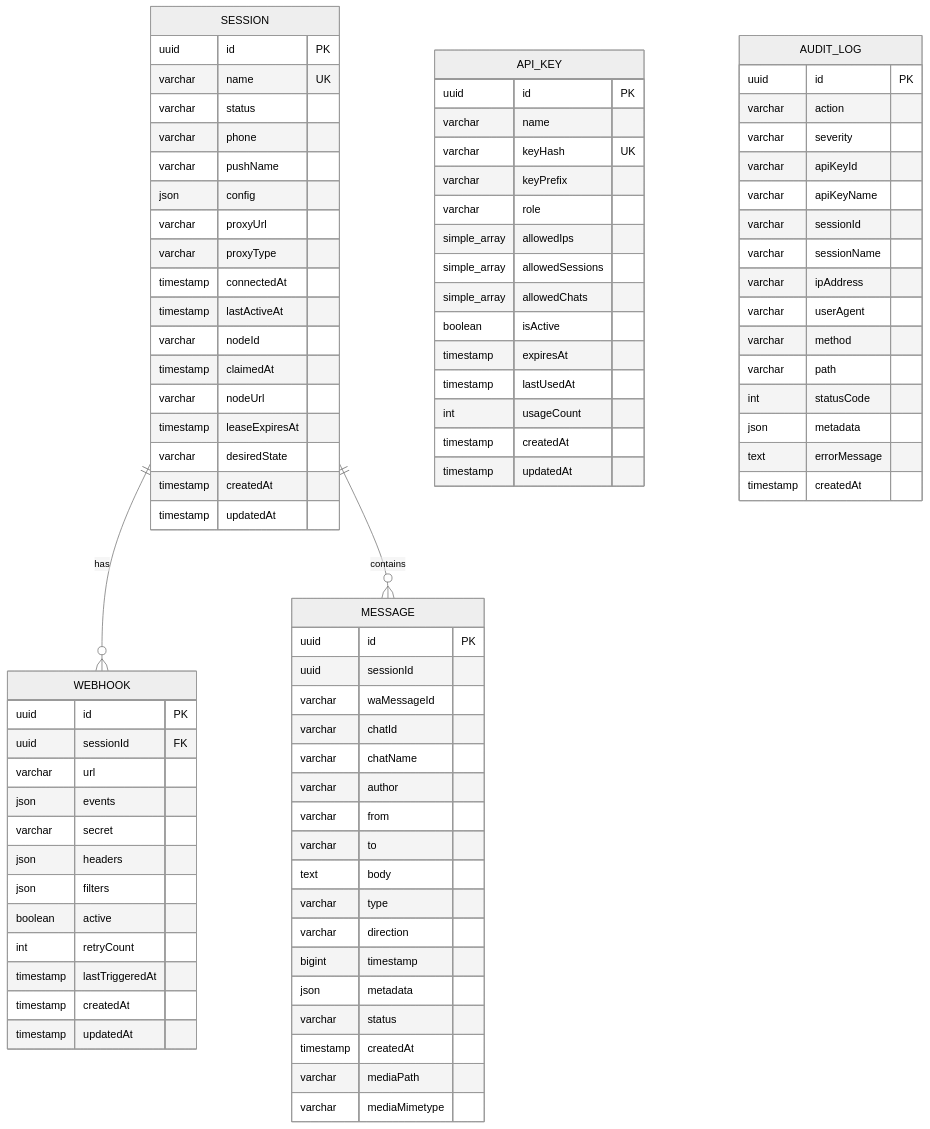
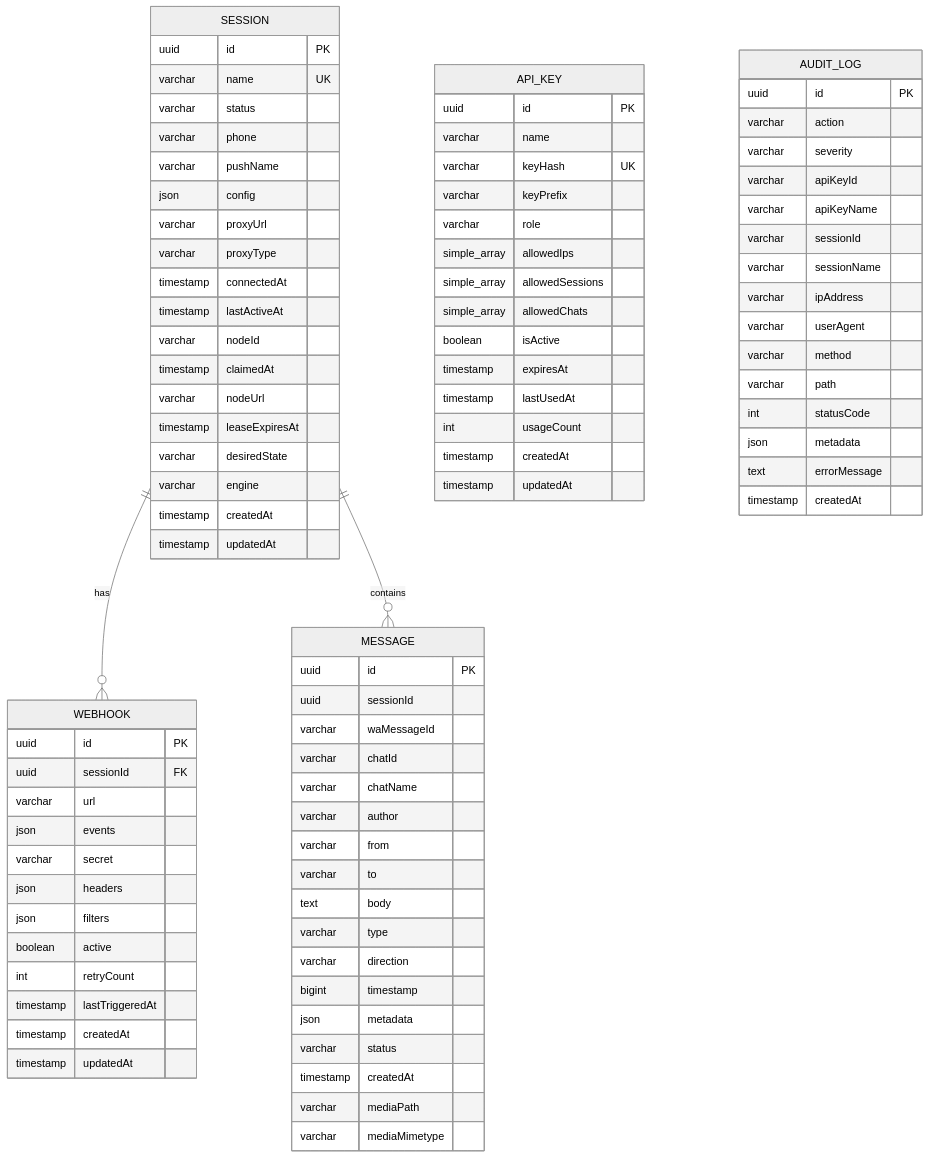
One commit to doughslima-cyber/OpenWA changed the first of 4 diagrams in docs/05-database-design.md. Above: the diagram before and after it, drawn with Mermaid (neutral theme). The commit also changed other lines of this file and 6 other files, not shown here.

```diff
--- a/docs/05-database-design.md
+++ b/docs/05-database-design.md
@@ -231,6 +231,7 @@
         varchar nodeUrl
         timestamp leaseExpiresAt
         varchar desiredState
+        varchar engine
         timestamp createdAt
         timestamp updatedAt
     }
```
